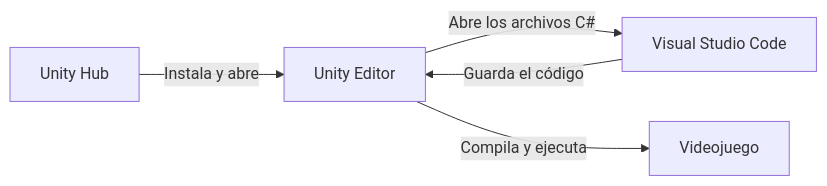
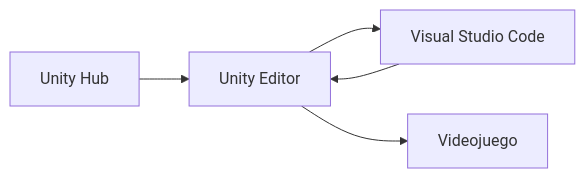
Before and after one commit to jcarrenogallego/learning-unity: the diagram in README.md, drawn with Mermaid. The commit also changed other lines of this file and 5 other files, not shown here.

````diff
--- a/README.md
+++ b/README.md
@@ -25,7 +13,7 @@
 ```mermaid
 flowchart LR
-    A[Unity Hub] -->|Instala y abre| B[Unity Editor]
-    B -->|Abre los archivos C#| C[Visual Studio Code]
-    C -->|Guarda el código| B
-    B -->|Compila y ejecuta| D[Videojuego]
+    A[Unity Hub] --> B[Unity Editor]
+    B --> C[Visual Studio Code]
+    C --> B
+    B --> D[Videojuego]
 ```
````
